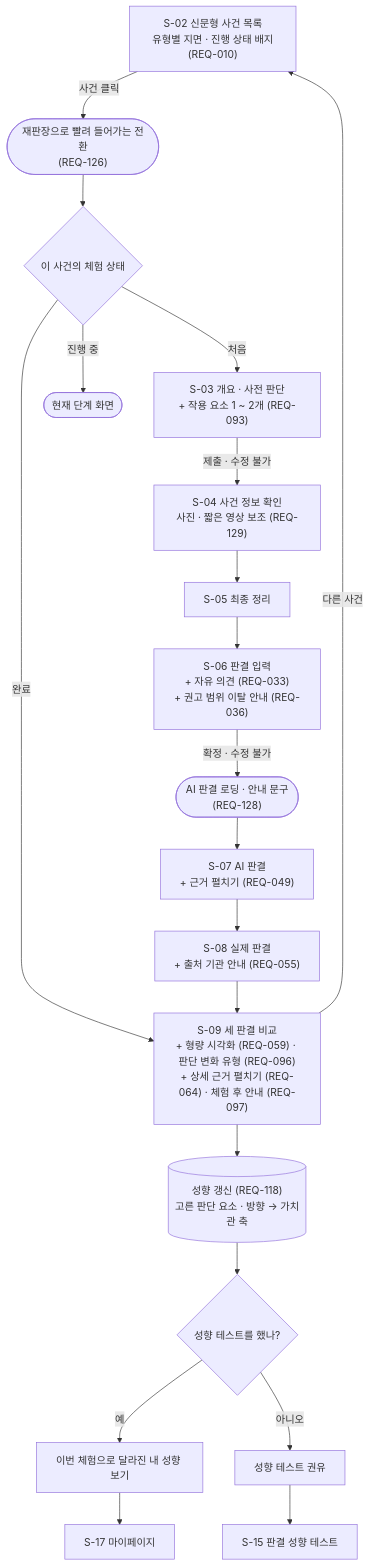
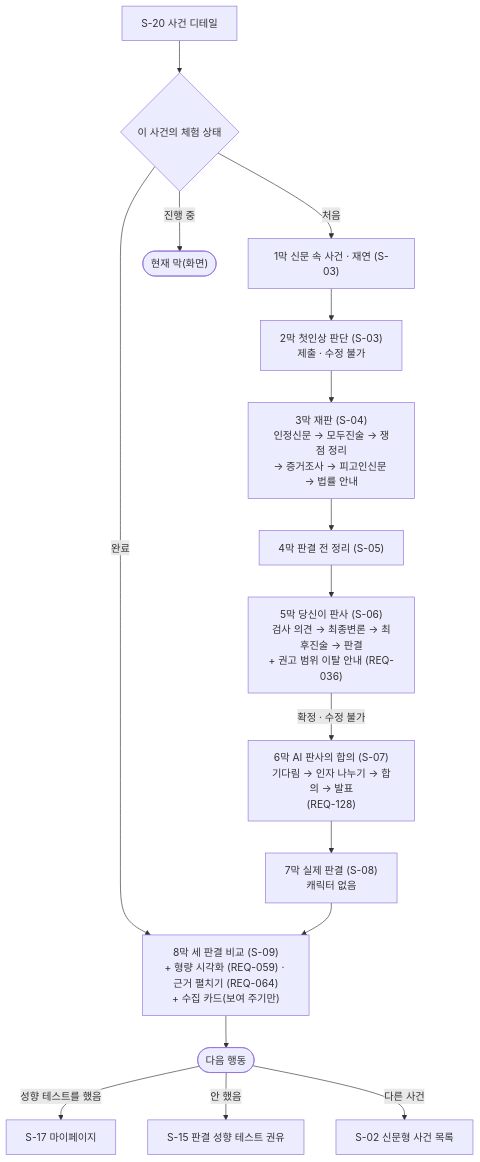
One commit to prgrms-aibe-devcourse/AIBE7_FinalProject_Team2 changed the fifth of 8 diagrams in docs/user-flow.md. Above: the diagram before and after it, drawn with Mermaid. The commit also changed other lines of this file and 2 other files, not shown here.

Commit message:
docs : COMMON-33 웹 흐름 갱신 (게임식 8막 · 사건 디테일 화면 · REQ-089 확장 승격)

````diff
--- a/docs/user-flow.md
+++ b/docs/user-flow.md
@@ -233,23 +237,18 @@
 ```mermaid
 flowchart TD
-    N["S-02 신문형 사건 목록<br/>유형별 지면 · 진행 상태 배지(REQ-010)"] -->|사건 클릭| TR(["재판장으로 빨려 들어가는 전환<br/>(REQ-126)"])
-    TR --> D1{"이 사건의 체험 상태"}
-    D1 -->|처음| S3
-    D1 -->|진행 중| P(["현재 단계 화면"])
-    D1 -->|완료| S9
-
-    S3["S-03 개요 · 사전 판단<br/>+ 작용 요소 1 ~ 2개 (REQ-093)"] -->|제출 · 수정 불가| S4["S-04 사건 정보 확인<br/>사진 · 짧은 영상 보조 (REQ-129)"]
-    S4 --> S5["S-05 최종 정리"]
-    S5 --> S6["S-06 판결 입력<br/>+ 자유 의견 (REQ-033)<br/>+ 권고 범위 이탈 안내 (REQ-036)"]
-    S6 -->|확정 · 수정 불가| LD(["AI 판결 로딩 · 안내 문구<br/>(REQ-128)"])
-    LD --> S7["S-07 AI 판결<br/>+ 근거 펼치기 (REQ-049)"]
-    S7 --> S8["S-08 실제 판결<br/>+ 출처 기관 안내 (REQ-055)"]
-    S8 --> S9["S-09 세 판결 비교<br/>+ 형량 시각화 (REQ-059) · 판단 변화 유형 (REQ-096)<br/>+ 상세 근거 펼치기 (REQ-064) · 체험 후 안내 (REQ-097)"]
-    S9 --> UP[("성향 갱신 (REQ-118)<br/>고른 판단 요소 · 방향 → 가치관 축")]
-    UP --> D2{"성향 테스트를 했나?"}
-    D2 -->|예| CH["이번 체험으로 달라진 내 성향 보기"]
-    CH --> MY["S-17 마이페이지"]
-    D2 -->|아니오| IV["성향 테스트 권유"]
-    IV --> T["S-15 판결 성향 테스트"]
-    S9 -->|다른 사건| N
+    CD["S-20 사건 디테일"] --> D1{"이 사건의 체험 상태"}
+    D1 -->|처음| A1
+    D1 -->|진행 중| P(["현재 막(화면)"])
+    D1 -->|완료| A8
+    A1["1막 신문 속 사건 · 재연 (S-03)"] --> A2["2막 첫인상 판단 (S-03)<br/>제출 · 수정 불가"]
+    A2 --> A3["3막 재판 (S-04)<br/>인정신문 → 모두진술 → 쟁점 정리<br/>→ 증거조사 → 피고인신문 → 법률 안내"]
+    A3 --> A4["4막 판결 전 정리 (S-05)"]
+    A4 --> A5["5막 당신이 판사 (S-06)<br/>검사 의견 → 최종변론 → 최후진술 → 판결<br/>+ 권고 범위 이탈 안내 (REQ-036)"]
+    A5 -->|확정 · 수정 불가| A6["6막 AI 판사의 합의 (S-07)<br/>기다림 → 인자 나누기 → 합의 → 발표<br/>(REQ-128)"]
+    A6 --> A7["7막 실제 판결 (S-08)<br/>캐릭터 없음"]
+    A7 --> A8["8막 세 판결 비교 (S-09)<br/>+ 형량 시각화 (REQ-059) · 근거 펼치기 (REQ-064)<br/>+ 수집 카드(보여 주기만)"]
+    A8 --> NX(["다음 행동"])
+    NX -->|성향 테스트를 했음| MY["S-17 마이페이지"]
+    NX -->|안 했음| T["S-15 판결 성향 테스트 권유"]
+    NX -->|다른 사건| N["S-02 신문형 사건 목록"]
 ```
````
